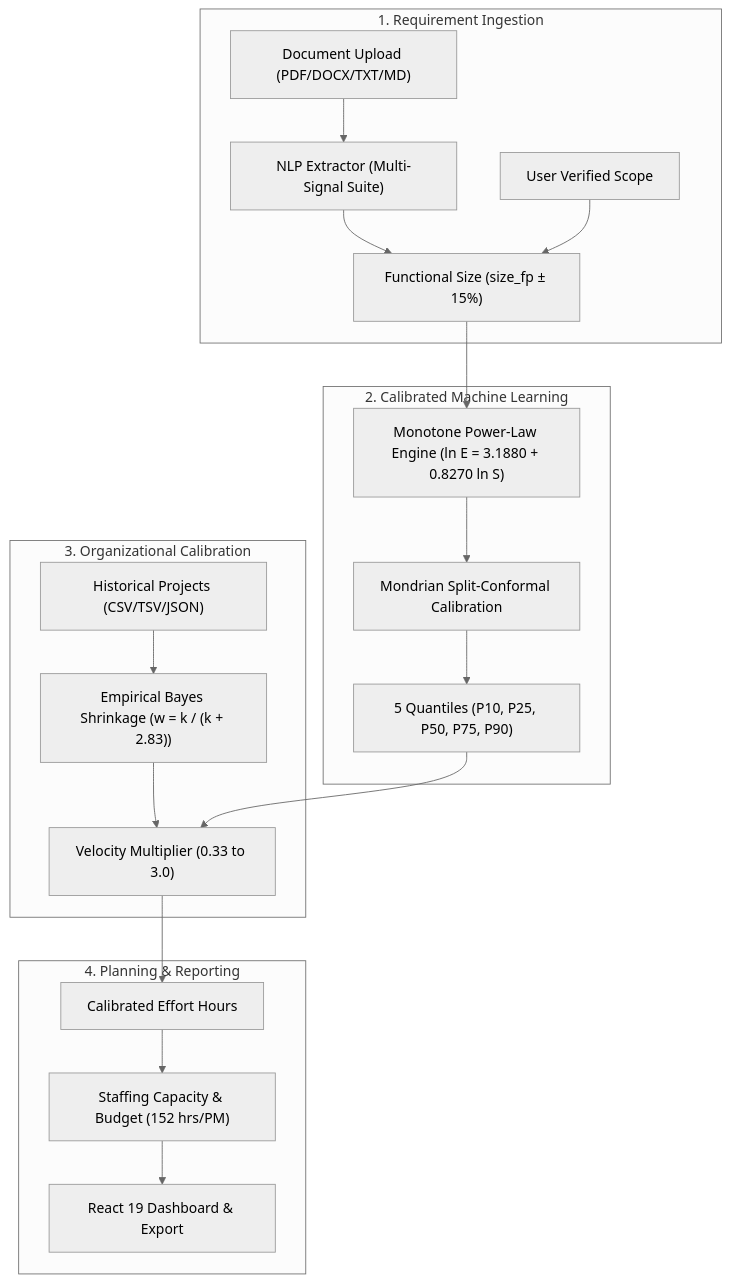
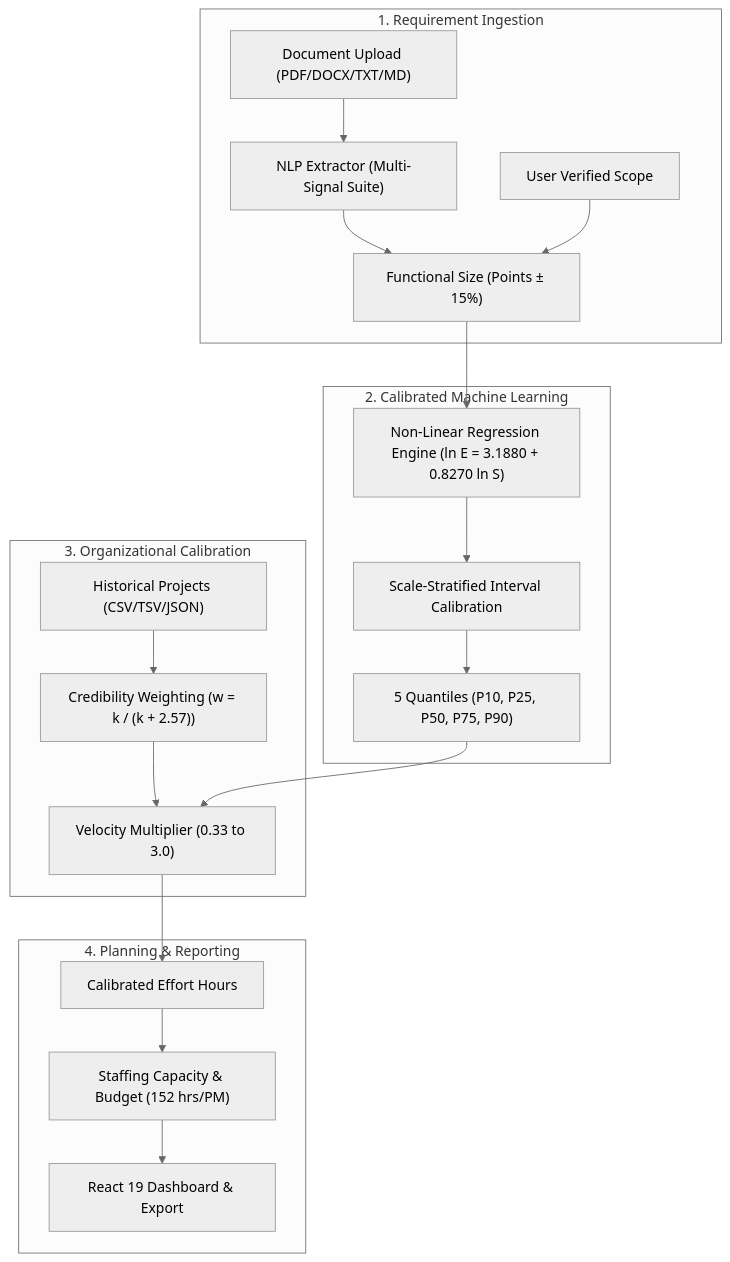
One commit to AtharvS7/PredictIQ changed the diagram in README.md. Above: the diagram before and after it, drawn with Mermaid (neutral theme). The commit also changed other lines of this file and 4 other files, not shown here.

````diff
--- a/README.md
+++ b/README.md
@@ -99,26 +99,26 @@
 ```mermaid
 flowchart TD
     subgraph Ingestion["1. Requirement Ingestion"]
         Doc["Document Upload (PDF/DOCX/TXT/MD)"] --> NLP["NLP Extractor (Multi-Signal Suite)"]
-        NLP --> Sizing["Functional Size (size_fp ± 15%)"]
+        NLP --> Sizing["Functional Size (Points ± 15%)"]
         Manual["User Verified Scope"] --> Sizing
     end
 
     subgraph CoreML["2. Calibrated Machine Learning"]
-        Sizing --> PowerLaw["Monotone Power-Law Engine (ln E = 3.1880 + 0.8270 ln S)"]
-        PowerLaw --> Conformal["Mondrian Split-Conformal Calibration"]
-        Conformal --> Quantiles["5 Quantiles (P10, P25, P50, P75, P90)"]
+        Sizing --> NonLinear["Non-Linear Regression Engine (ln E = 3.1880 + 0.8270 ln S)"]
+        NonLinear --> Intervals["Scale-Stratified Interval Calibration"]
+        Intervals --> Quantiles["5 Quantiles (P10, P25, P50, P75, P90)"]
     end
 
     subgraph Calibration["3. Organizational Calibration"]
-        Actuals["Historical Projects (CSV/TSV/JSON)"] --> EB["Empirical Bayes Shrinkage (w = k / (k + 2.83))"]
-        EB --> CalMult["Velocity Multiplier (0.33 to 3.0)"]
+        Actuals["Historical Projects (CSV/TSV/JSON)"] --> CW["Credibility Weighting (w = k / (k + 2.57))"]
+        CW --> CalMult["Velocity Multiplier (0.33 to 3.0)"]
         Quantiles --> CalMult
     end
 
     subgraph Delivery["4. Planning & Reporting"]
         CalMult --> Hours["Calibrated Effort Hours"]
         Hours --> Capacity["Staffing Capacity & Budget (152 hrs/PM)"]
         Capacity --> Dashboard["React 19 Dashboard & Export"]
     end
 ```
````
